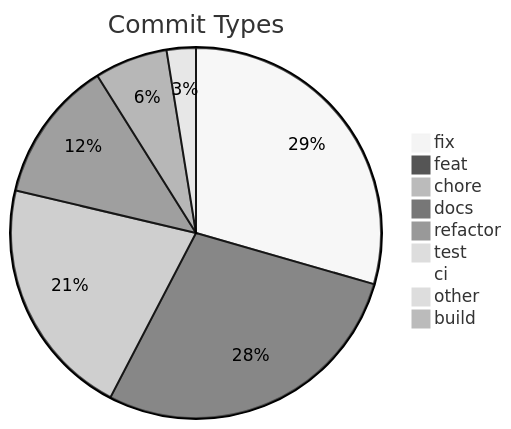
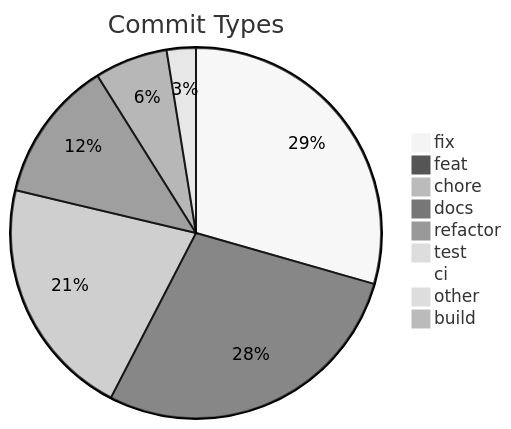
Before and after one commit to svenroth-ai/shipwright: the diagram in .shipwright/compliance/change-history.md, drawn with Mermaid (neutral theme). The commit also changed other lines of this file and 20 other files, not shown here.

````diff
--- a/.shipwright/compliance/change-history.md
+++ b/.shipwright/compliance/change-history.md
@@ -8,12 +8,12 @@
 ```mermaid
 pie title Commit Types
     "fix" : 347
     "feat" : 332
-    "chore" : 248
+    "chore" : 249
     "docs" : 146
     "refactor" : 75
     "test" : 30
     "ci" : 11
     "other" : 9
     "build" : 1
 ```
````
